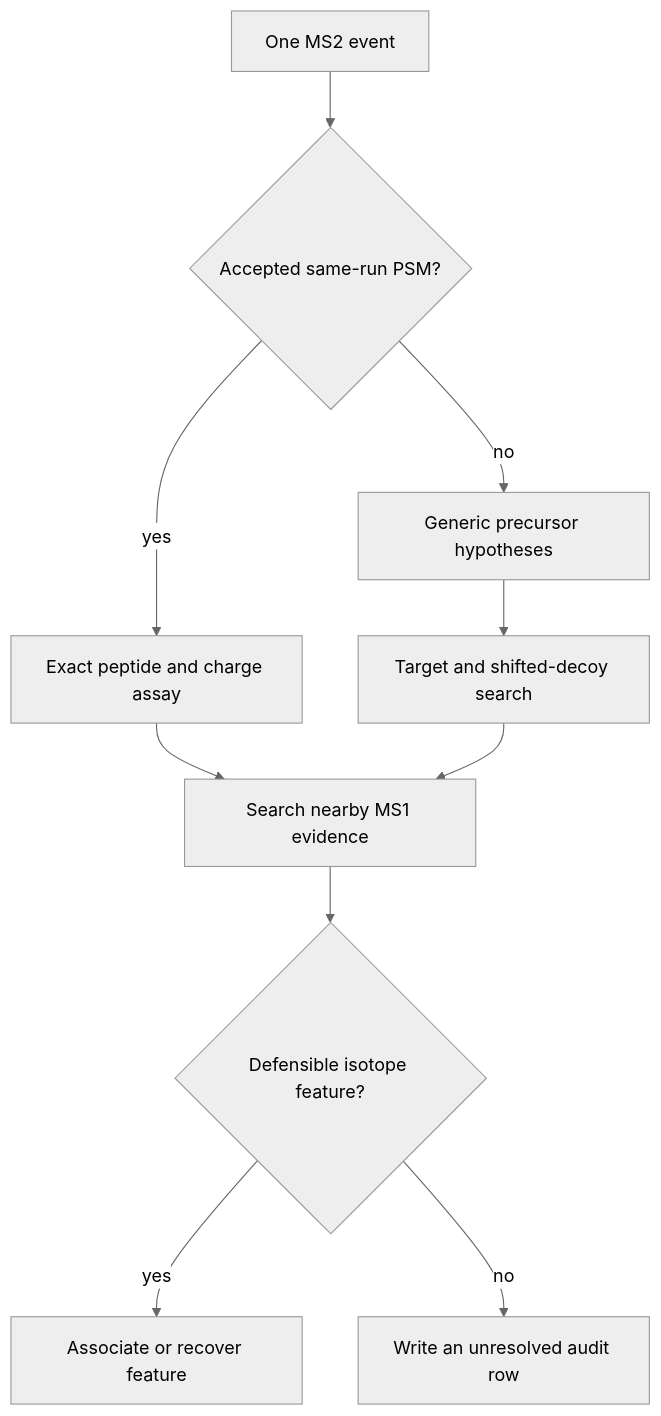
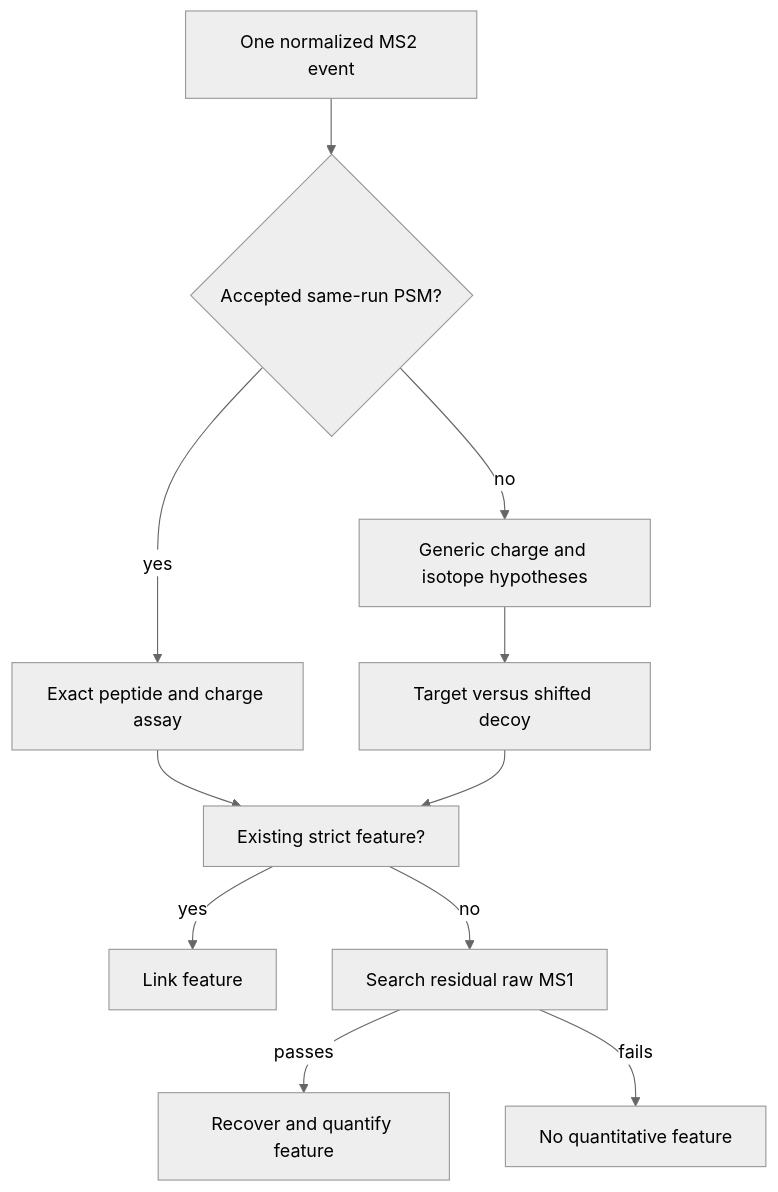
Before and after one commit to ATPs/biosaur2: the diagram in docs/hybrid-workflow.md, drawn with Mermaid (neutral theme). The commit also changed other lines of this file and 27 other files, not shown here.

````diff
--- a/docs/hybrid-workflow.md
+++ b/docs/hybrid-workflow.md
@@ -23,12 +28,13 @@
 ```mermaid
 flowchart TD
-    A[One MS2 event] --> B{Accepted same-run PSM?}
+    A[One normalized MS2 event] --> B{Accepted same-run PSM?}
     B -->|yes| C[Exact peptide and charge assay]
-    B -->|no| D[Generic precursor hypotheses]
-    C --> E[Search nearby MS1 evidence]
-    D --> F[Target and shifted-decoy search]
+    B -->|no| D[Generic charge and isotope hypotheses]
+    C --> E[Existing strict feature?]
+    D --> F[Target versus shifted decoy]
     F --> E
-    E --> G{Defensible isotope feature?}
-    G -->|yes| H[Associate or recover feature]
-    G -->|no| I[Write an unresolved audit row]
+    E -->|yes| G[Link feature]
+    E -->|no| H[Search residual raw MS1]
+    H -->|passes| I[Recover and quantify feature]
+    H -->|fails| J[No quantitative feature]
 ```
````
